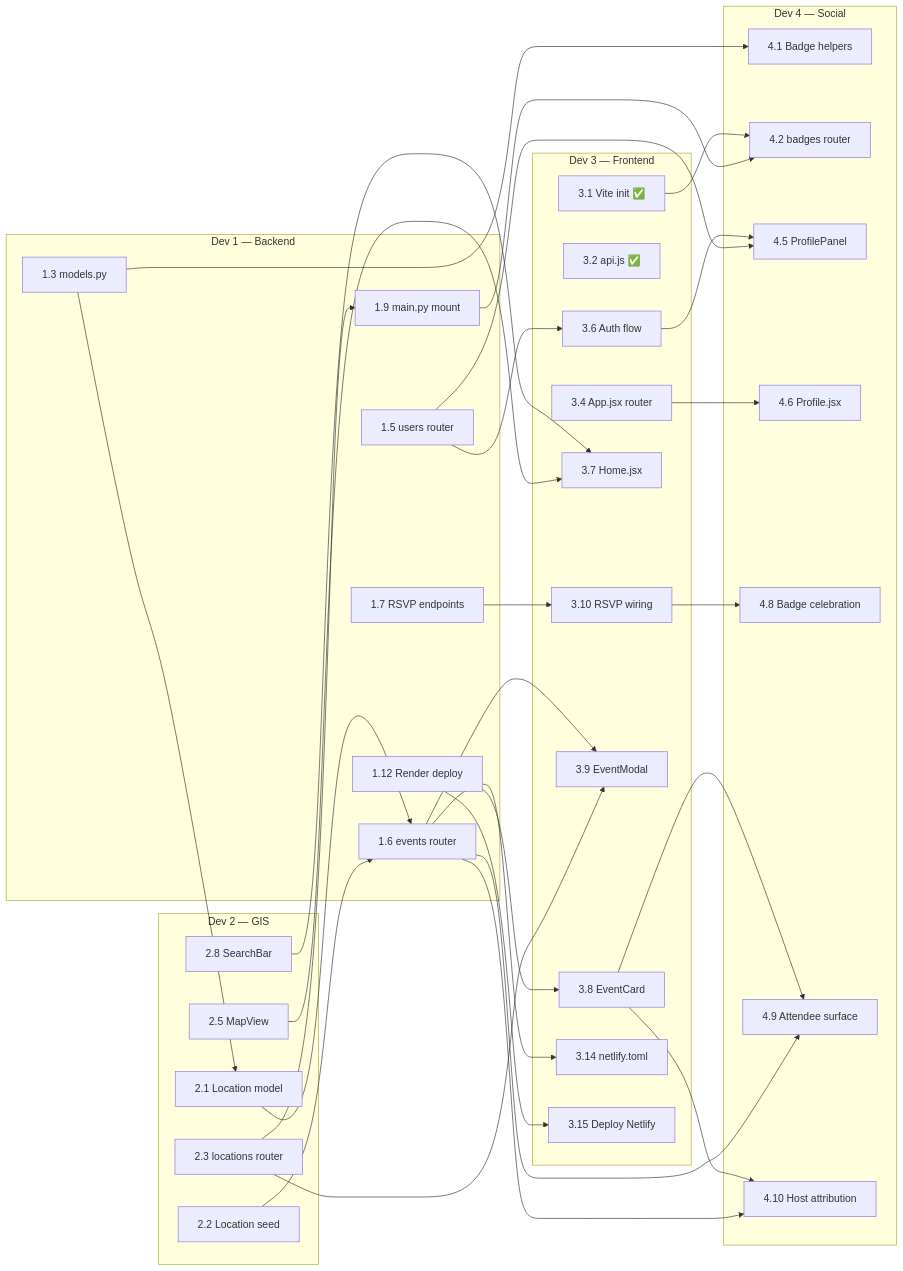
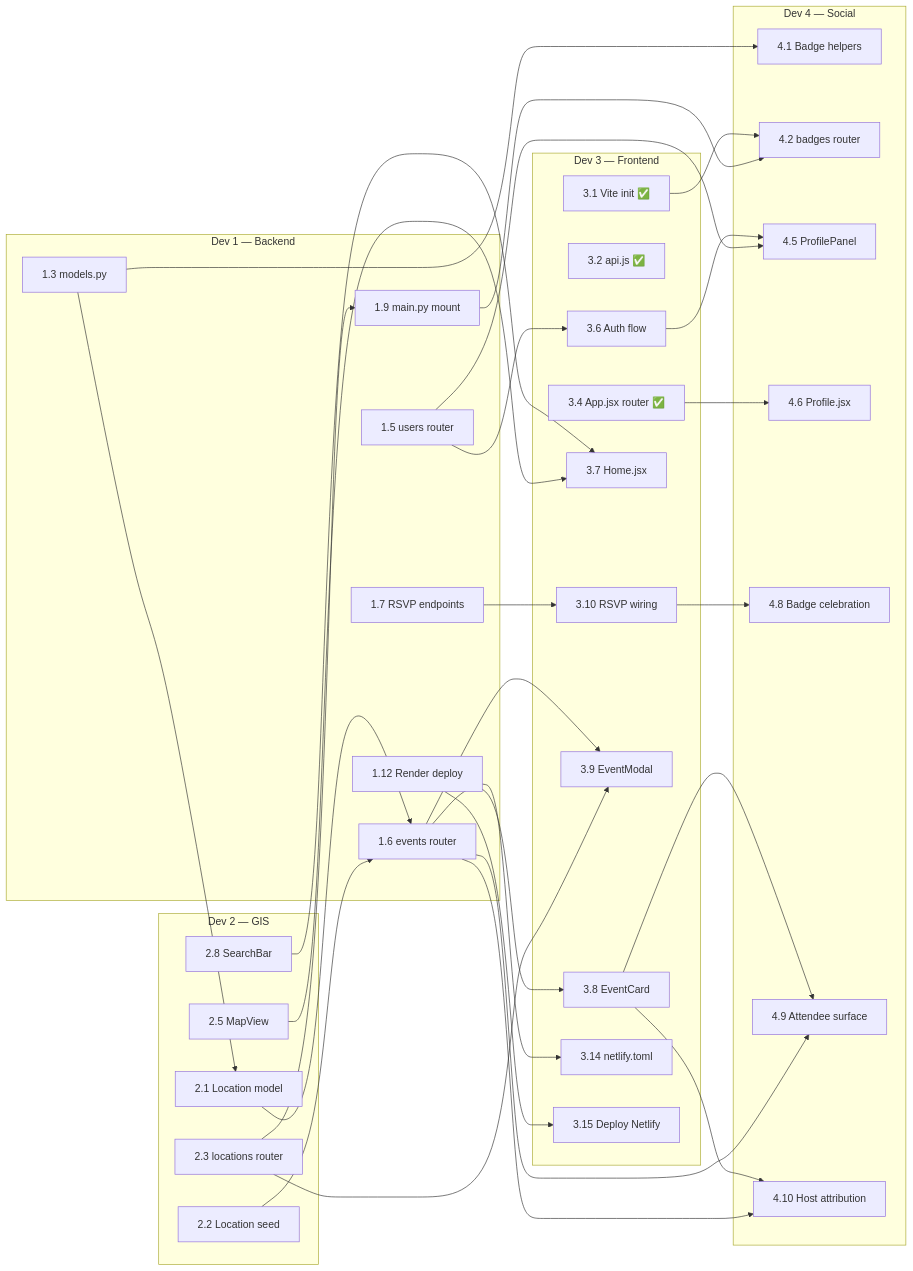
One commit to matthewpaolosbilo/claude-impact-lab-melbourne-team-5 changed the diagram in docs/dependencies.md. Above: the diagram before and after it, drawn with Mermaid. The commit also changed other lines of this file and 1 other file, not shown here.

````diff
--- a/docs/dependencies.md
+++ b/docs/dependencies.md
@@ -21,72 +21,72 @@
 ```mermaid
 graph LR
     subgraph Dev1 [Dev 1 — Backend]
         D1_3[1.3 models.py]
         D1_5[1.5 users router]
         D1_6[1.6 events router]
         D1_7[1.7 RSVP endpoints]
         D1_9[1.9 main.py mount]
         D1_12[1.12 Render deploy]
     end
 
     subgraph Dev2 [Dev 2 — GIS]
         D2_1[2.1 Location model]
         D2_2[2.2 Location seed]
         D2_3[2.3 locations router]
         D2_5[2.5 MapView]
         D2_8[2.8 SearchBar]
     end
 
     subgraph Dev3 [Dev 3 — Frontend]
         D3_1[3.1 Vite init ✅]
         D3_2[3.2 api.js ✅]
-        D3_4[3.4 App.jsx router]
+        D3_4[3.4 App.jsx router ✅]
         D3_6[3.6 Auth flow]
         D3_7[3.7 Home.jsx]
         D3_8[3.8 EventCard]
         D3_9[3.9 EventModal]
         D3_10[3.10 RSVP wiring]
         D3_14[3.14 netlify.toml]
         D3_15[3.15 Deploy Netlify]
     end
 
     subgraph Dev4 [Dev 4 — Social]
         D4_1[4.1 Badge helpers]
         D4_2[4.2 badges router]
         D4_5[4.5 ProfilePanel]
         D4_6[4.6 Profile.jsx]
         D4_8[4.8 Badge celebration]
         D4_9[4.9 Attendee surface]
         D4_10[4.10 Host attribution]
 
     end
 
     D1_3 --> D2_1
     D2_2 --> D1_6
     D2_1 --> D1_6
     D2_3 --> D1_9
     D2_3 --> D3_9
 
     D1_5 --> D3_6
     D1_6 --> D3_8
     D1_6 --> D3_9
     D1_7 --> D3_10
     D1_12 --> D3_14
     D1_12 --> D3_15
 
     D2_5 --> D3_7
     D2_8 --> D3_7
 
     D1_3 --> D4_1
     D1_9 --> D4_2
     D1_5 --> D4_5
     D1_6 --> D4_9
     D1_6 --> D4_10
 
     D3_1 --> D4_2
     D3_4 --> D4_6
     D3_6 --> D4_5
     D3_8 --> D4_9
     D3_8 --> D4_10
     D3_10 --> D4_8
 ```
````
